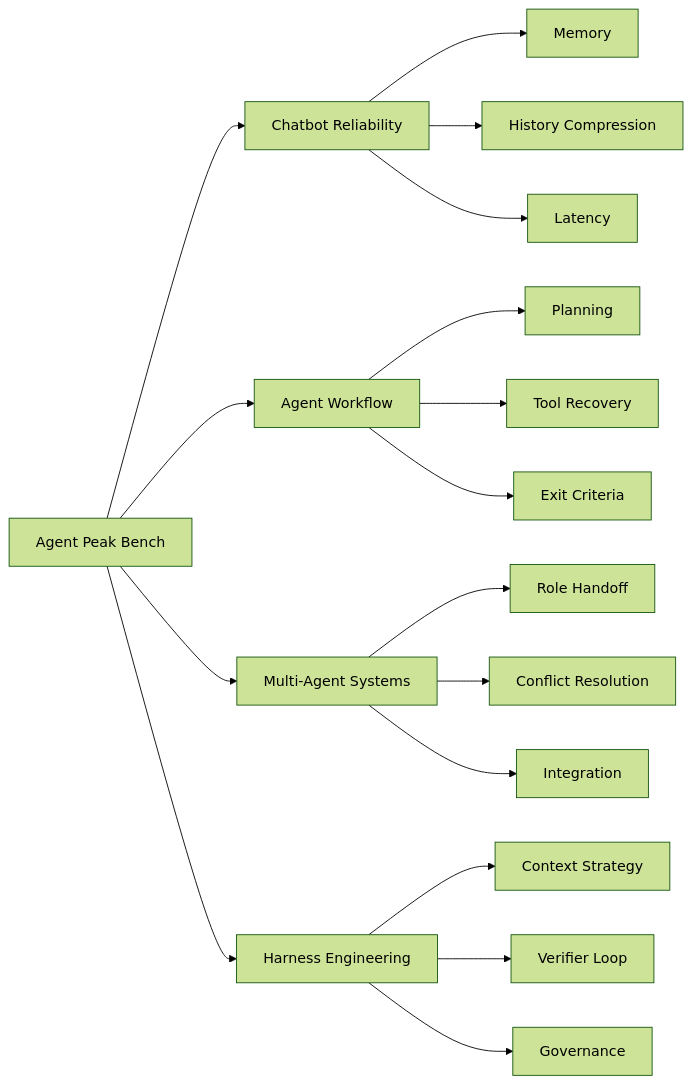
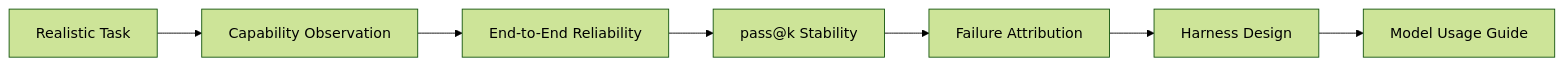
The diagram in README.md (2sao7sao/agent-peak-bench), drawn with Mermaid (forest theme) before and after one commit. The commit also changed other lines of this file and 4 other files, not shown here.

````diff
--- a/README.md
+++ b/README.md
@@ -90,23 +44,9 @@
 ```mermaid
 flowchart LR
-  A["Agent Peak Bench"] --> B["Chatbot Reliability"]
-  A --> C["Agent Workflow"]
-  A --> D["Multi-Agent Systems"]
-  A --> E["Harness Engineering"]
-
-  B --> B1["Memory"]
-  B --> B2["History Compression"]
-  B --> B3["Latency"]
-
-  C --> C1["Planning"]
-  C --> C2["Tool Recovery"]
-  C --> C3["Exit Criteria"]
-
-  D --> D1["Role Handoff"]
-  D --> D2["Conflict Resolution"]
-  D --> D3["Integration"]
-
-  E --> E1["Context Strategy"]
-  E --> E2["Verifier Loop"]
-  E --> E3["Governance"]
+  A["Realistic Task"] --> B["Capability Observation"]
+  B --> C["End-to-End Reliability"]
+  C --> D["pass@k Stability"]
+  D --> E["Failure Attribution"]
+  E --> F["Harness Design"]
+  F --> G["Model Usage Guide"]
 ```
````
